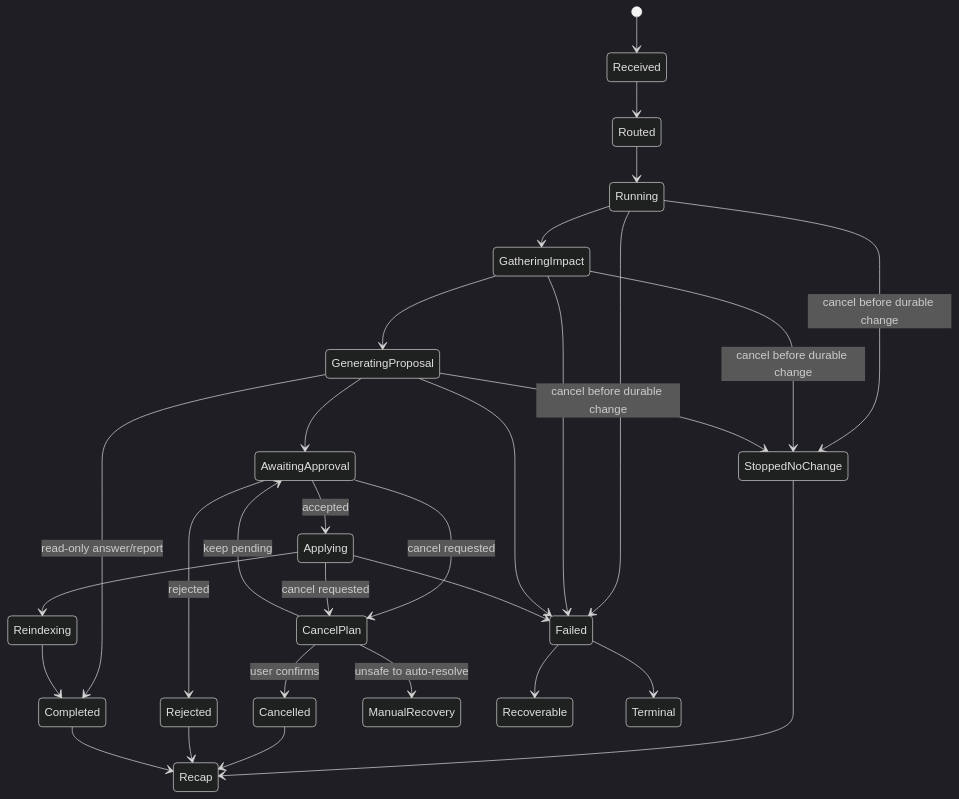
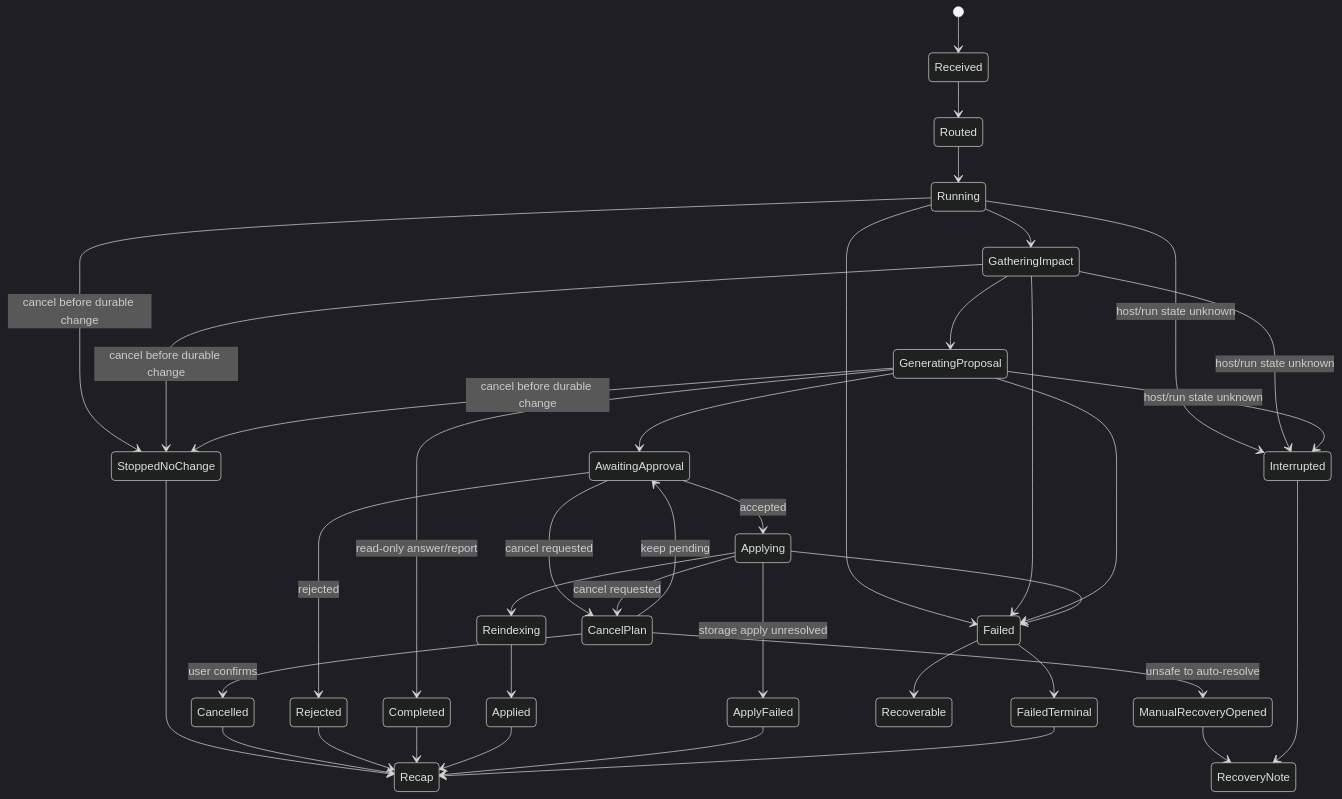
Before and after one commit to jinhuang712/open-novel: the second of 5 diagrams in spec/S03-turn-orchestration.md, drawn with Mermaid (dark theme). The commit also changed other lines of this file and 9 other files, not shown here.

````diff
--- a/spec/S03-turn-orchestration.md
+++ b/spec/S03-turn-orchestration.md
@@ -57,32 +57,41 @@
 ```mermaid
 stateDiagram-v2
   [*] --> Received
   Received --> Routed
   Routed --> Running
   Running --> GatheringImpact
   GatheringImpact --> GeneratingProposal
   GeneratingProposal --> AwaitingApproval
   GeneratingProposal --> Completed: read-only answer/report
   Running --> StoppedNoChange: cancel before durable change
   GatheringImpact --> StoppedNoChange: cancel before durable change
   GeneratingProposal --> StoppedNoChange: cancel before durable change
   AwaitingApproval --> Applying: accepted
   AwaitingApproval --> Rejected: rejected
   AwaitingApproval --> CancelPlan: cancel requested
   Applying --> CancelPlan: cancel requested
   CancelPlan --> Cancelled: user confirms
   CancelPlan --> AwaitingApproval: keep pending
-  CancelPlan --> ManualRecovery: unsafe to auto-resolve
+  CancelPlan --> ManualRecoveryOpened: unsafe to auto-resolve
   Applying --> Reindexing
-  Reindexing --> Completed
+  Applying --> ApplyFailed: storage apply unresolved
+  Reindexing --> Applied
   StoppedNoChange --> Recap
   Cancelled --> Recap
   Rejected --> Recap
   Completed --> Recap
+  Applied --> Recap
+  ApplyFailed --> Recap
+  ManualRecoveryOpened --> RecoveryNote
+  Running --> Interrupted: host/run state unknown
+  GatheringImpact --> Interrupted: host/run state unknown
+  GeneratingProposal --> Interrupted: host/run state unknown
+  Interrupted --> RecoveryNote
   Running --> Failed
   GatheringImpact --> Failed
   GeneratingProposal --> Failed
   Applying --> Failed
   Failed --> Recoverable
-  Failed --> Terminal
+  Failed --> FailedTerminal
+  FailedTerminal --> Recap
 ```
````
